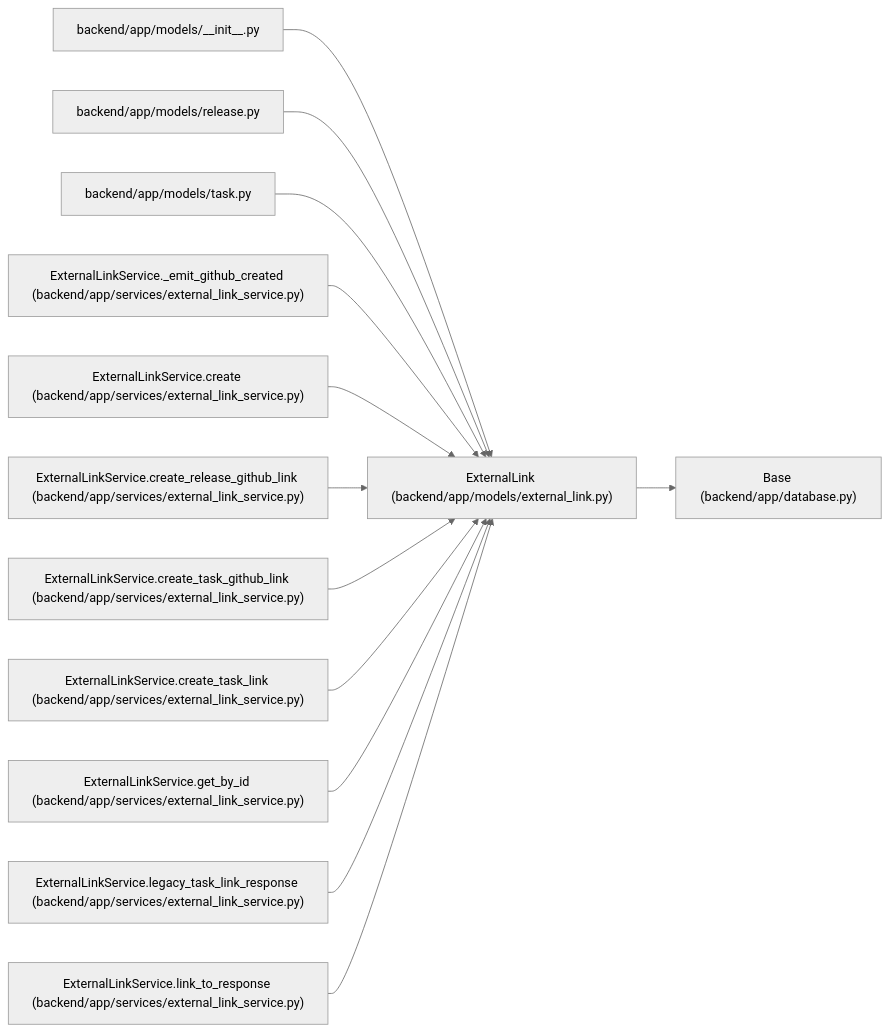
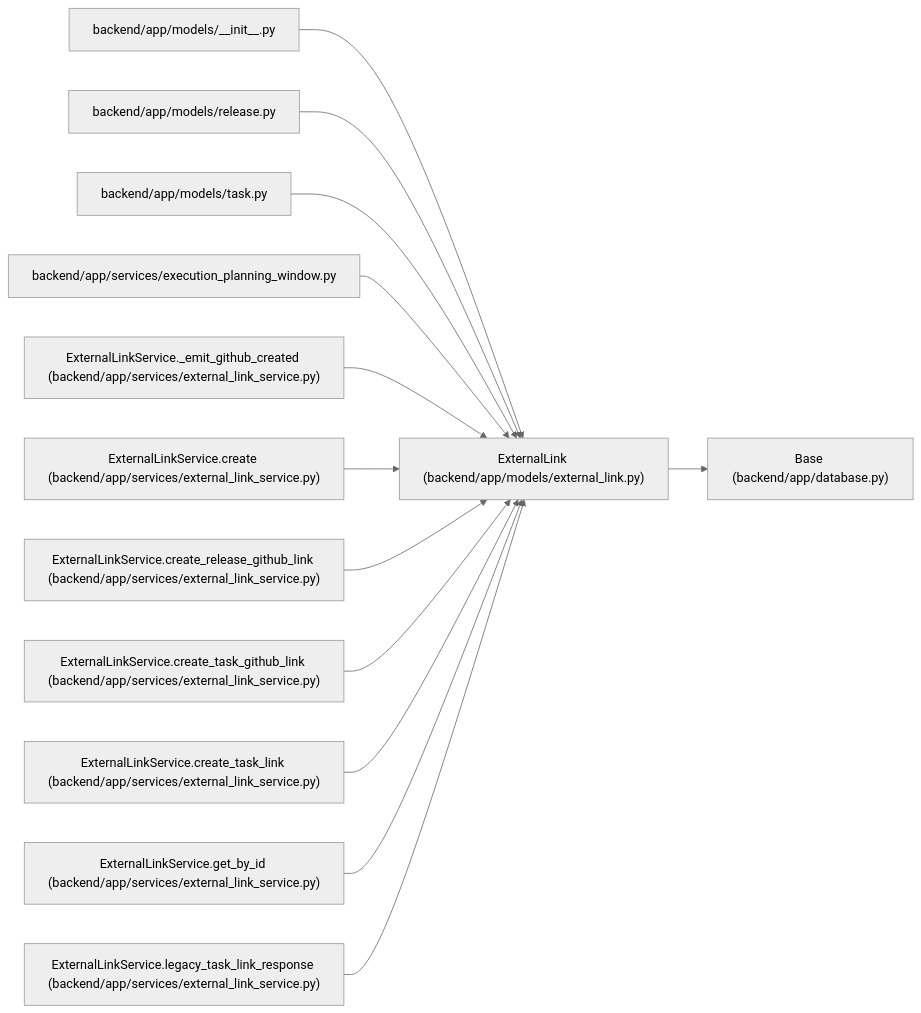
Before and after one commit to Denissvgn/WorkChord: the diagram in docs/llm_wiki/entities/models_external_link_ExternalLink.md, drawn with Mermaid (neutral theme). The commit also changed other lines of this file and 868 other files, not shown here.

Commit message:
Document authenticated planning-window recovery and retained worker evidence

````diff
--- a/docs/llm_wiki/entities/models_external_link_ExternalLink.md
+++ b/docs/llm_wiki/entities/models_external_link_ExternalLink.md
@@ -35,41 +35,41 @@
 ```mermaid
 flowchart LR
     n0["ExternalLink (backend/app/models/external_link.py)"]
     n1["Base (backend/app/database.py)"]
     n2["backend/app/models/__init__.py"]
     n3["backend/app/models/release.py"]
     n4["backend/app/models/task.py"]
-    n5["ExternalLinkService._emit_github_created (backend/app/services/external_link_service.py)"]
-    n6["ExternalLinkService.create (backend/app/services/external_link_service.py)"]
-    n7["ExternalLinkService.create_release_github_link (backend/app/services/external_link_service.py)"]
-    n8["ExternalLinkService.create_task_github_link (backend/app/services/external_link_service.py)"]
-    n9["ExternalLinkService.create_task_link (backend/app/services/external_link_service.py)"]
-    n10["ExternalLinkService.get_by_id (backend/app/services/external_link_service.py)"]
-    n11["ExternalLinkService.legacy_task_link_response (backend/app/services/external_link_service.py)"]
-    n12["ExternalLinkService.link_to_response (backend/app/services/external_link_service.py)"]
+    n5["backend/app/services/execution_planning_window.py"]
+    n6["ExternalLinkService._emit_github_created (backend/app/services/external_link_service.py)"]
+    n7["ExternalLinkService.create (backend/app/services/external_link_service.py)"]
+    n8["ExternalLinkService.create_release_github_link (backend/app/services/external_link_service.py)"]
+    n9["ExternalLinkService.create_task_github_link (backend/app/services/external_link_service.py)"]
+    n10["ExternalLinkService.create_task_link (backend/app/services/external_link_service.py)"]
+    n11["ExternalLinkService.get_by_id (backend/app/services/external_link_service.py)"]
+    n12["ExternalLinkService.legacy_task_link_response (backend/app/services/external_link_service.py)"]
     n0 --> n1
     n2 --> n0
     n3 --> n0
     n4 --> n0
     n5 --> n0
     n6 --> n0
     n7 --> n0
     n8 --> n0
     n9 --> n0
     n10 --> n0
     n11 --> n0
     n12 --> n0
     click n0 "../modules/models_external_link.md"
     click n1 "../modules/app_database.md"
     click n2 "../modules/models___init__.md"
     click n3 "../modules/models_release.md"
     click n4 "../modules/models_task.md"
-    click n5 "../modules/external_link_service.md"
+    click n5 "../modules/execution_planning_window.md"
     click n6 "../modules/external_link_service.md"
     click n7 "../modules/external_link_service.md"
     click n8 "../modules/external_link_service.md"
     click n9 "../modules/external_link_service.md"
     click n10 "../modules/external_link_service.md"
     click n11 "../modules/external_link_service.md"
     click n12 "../modules/external_link_service.md"
 ```
````
